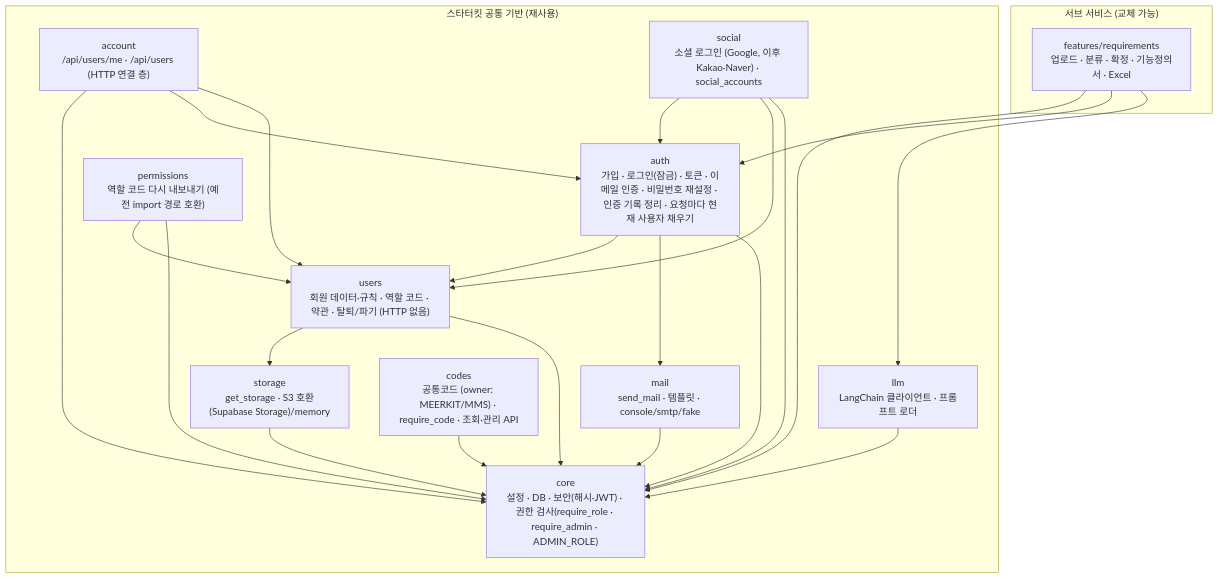
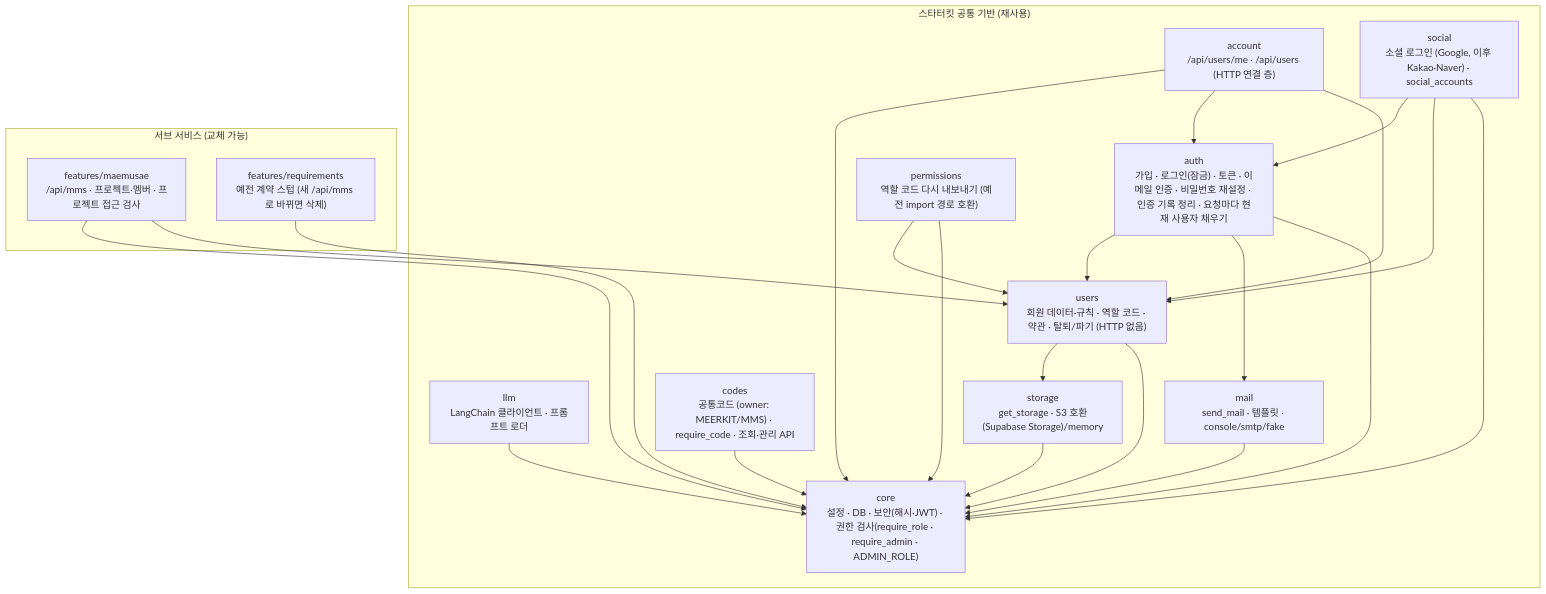
Before and after one commit to SNACKCUP/meerkit-snack: the diagram in docs/architecture.md, drawn with Mermaid. The commit also changed other lines of this file and 21 other files, not shown here.

First line of the commit message:
feat(maemusae): 프로젝트·멤버와 프로젝트 접근 검사, 옛 스텁 AppError·로그인 정리 (M1)

````diff
--- a/docs/architecture.md
+++ b/docs/architecture.md
@@ -14,38 +14,39 @@
 ```mermaid
 flowchart TB
     subgraph KIT["스타터킷 공통 기반 (재사용)"]
         core["core<br/>설정 · DB · 보안(해시·JWT) · 권한 검사(require_role · require_admin · ADMIN_ROLE)"]
         users["users<br/>회원 데이터·규칙 · 역할 코드 · 약관 · 탈퇴/파기 (HTTP 없음)"]
         auth["auth<br/>가입 · 로그인(잠금) · 토큰 · 이메일 인증 · 비밀번호 재설정 · 인증 기록 정리 · 요청마다 현재 사용자 채우기"]
         perm["permissions<br/>역할 코드 다시 내보내기 (예전 import 경로 호환)"]
         account["account<br/>/api/users/me · /api/users (HTTP 연결 층)"]
         social["social<br/>소셜 로그인 (Google, 이후 Kakao·Naver) · social_accounts"]
         llm["llm<br/>LangChain 클라이언트 · 프롬프트 로더"]
         mail["mail<br/>send_mail · 템플릿 · console/smtp/fake"]
         storage["storage<br/>get_storage · S3 호환(Supabase Storage)/memory"]
         codes["codes<br/>공통코드 (owner: MEERKIT/MMS) · require_code · 조회·관리 API"]
     end
     subgraph FEAT["서브 서비스 (교체 가능)"]
-        req["features/requirements<br/>업로드 · 분류 · 확정 · 기능정의서 · Excel"]
+        mms["features/maemusae<br/>/api/mms · 프로젝트·멤버 · 프로젝트 접근 검사"]
+        req["features/requirements<br/>예전 계약 스텁 (새 /api/mms 로 바뀌면 삭제)"]
     end
+    mms --> core
+    mms --> users
     req --> core
-    req --> auth
-    req --> llm
     account --> core
     account --> auth
     account --> users
     social --> auth
     social --> users
     perm --> users
     auth --> users
     auth --> mail
     users --> storage
     users --> core
     auth --> core
     social --> core
     perm --> core
     mail --> core
     llm --> core
     storage --> core
     codes --> core
 ```
````
